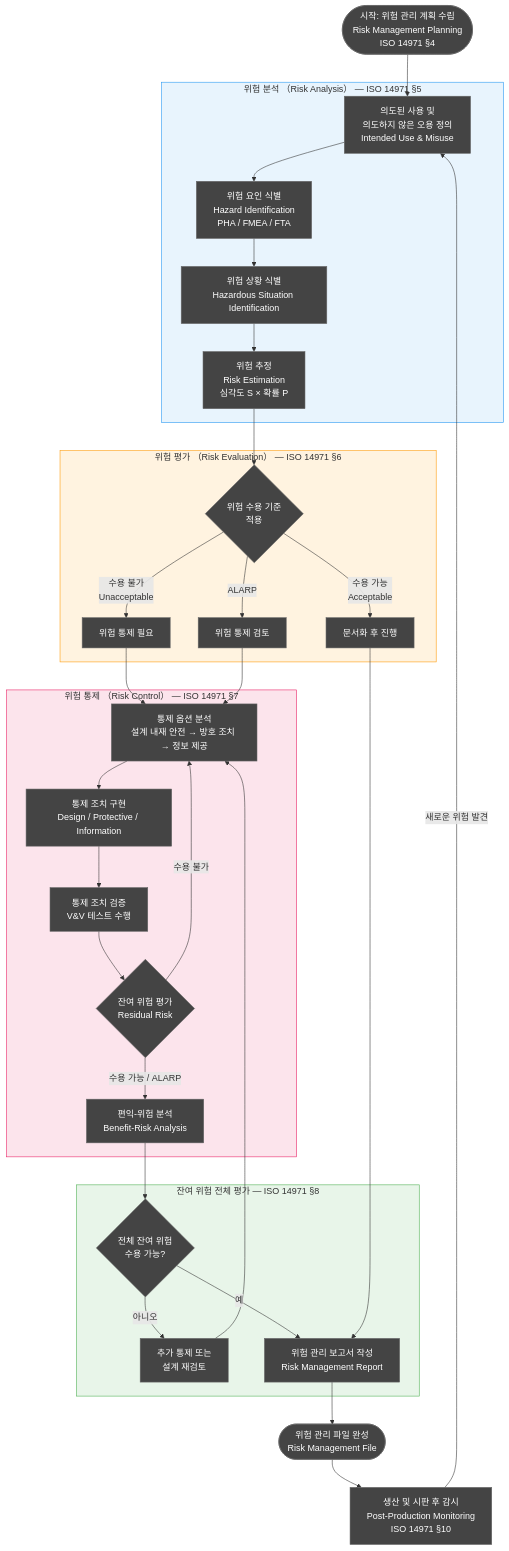
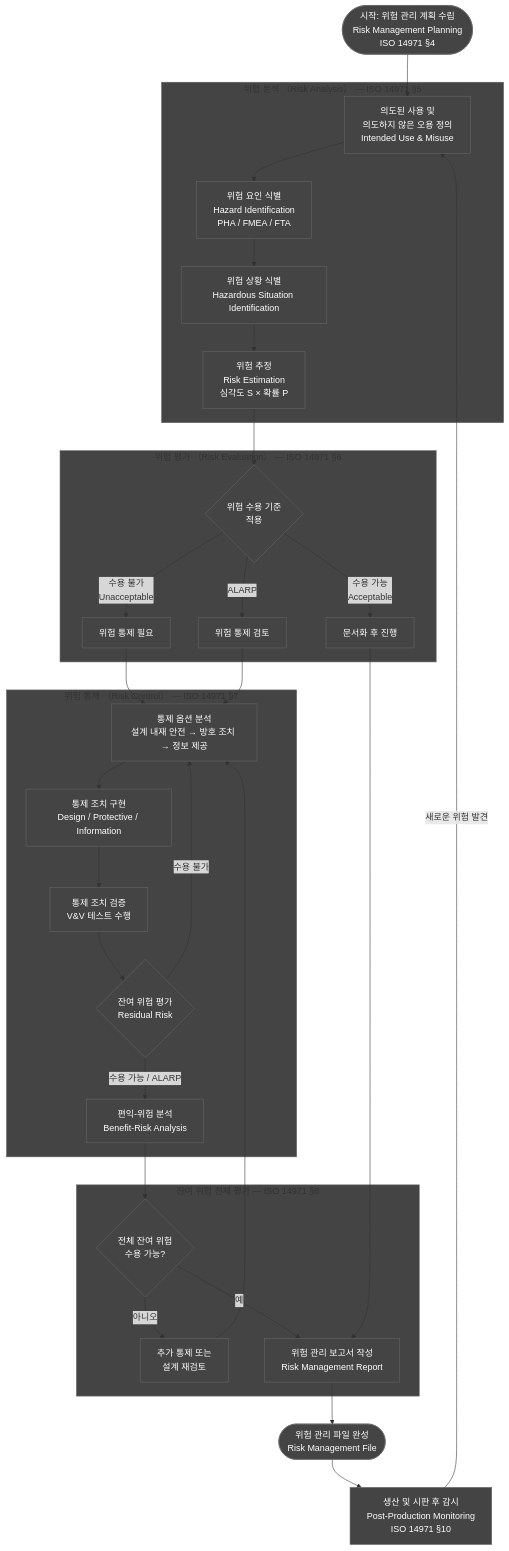
One commit to holee9/console-gui changed the first of 11 diagrams in docs/risk/DOC-008_Risk_Management_Plan_v1.0.md. Above: the diagram before and after it, drawn with Mermaid. The commit also changed other lines of this file and 35 other files, not shown here.

First line of the commit message:
fix: 전체 Mermaid 차트 색상 진한 회색 통일

````diff
--- a/docs/risk/DOC-008_Risk_Management_Plan_v1.0.md
+++ b/docs/risk/DOC-008_Risk_Management_Plan_v1.0.md
@@ -137,46 +137,46 @@
 ```mermaid
 flowchart TD
     A([시작: 위험 관리 계획 수립\nRisk Management Planning\nISO 14971 §4]) --> B
 
     subgraph RA["위험 분석 （Risk Analysis） — ISO 14971 §5"]
         B[의도된 사용 및\n의도하지 않은 오용 정의\nIntended Use & Misuse]
         B --> C[위험 요인 식별\nHazard Identification\nPHA / FMEA / FTA]
         C --> D[위험 상황 식별\nHazardous Situation Identification]
         D --> E[위험 추정\nRisk Estimation\n심각도 S × 확률 P]
     end
 
     subgraph RE["위험 평가 （Risk Evaluation） — ISO 14971 §6"]
         E --> F{위험 수용 기준\n적용}
         F -->|수용 불가\nUnacceptable| G[위험 통제 필요]
         F -->|ALARP| H[위험 통제 검토]
         F -->|수용 가능\nAcceptable| I[문서화 후 진행]
     end
 
     subgraph RC["위험 통제 （Risk Control） — ISO 14971 §7"]
         G --> J[통제 옵션 분석\n설계 내재 안전 → 방호 조치 → 정보 제공]
         H --> J
         J --> K[통제 조치 구현\nDesign / Protective / Information]
         K --> L[통제 조치 검증\nV&V 테스트 수행]
         L --> M{잔여 위험 평가\nResidual Risk}
         M -->|수용 불가| J
         M -->|수용 가능 / ALARP| N[편익-위험 분석\nBenefit-Risk Analysis]
     end
 
     subgraph RR["잔여 위험 전체 평가 — ISO 14971 §8"]
         N --> O{전체 잔여 위험\n수용 가능?}
         O -->|아니오| P[추가 통제 또는\n설계 재검토]
         O -->|예| Q[위험 관리 보고서 작성\nRisk Management Report]
     end
 
     P --> J
     I --> Q
     Q --> R([위험 관리 파일 완성\nRisk Management File])
     R --> S[생산 및 시판 후 감시\nPost-Production Monitoring\nISO 14971 §10]
     S -->|새로운 위험 발견| B
 
     classDef default fill:#444,stroke:#666,color:#fff
-    style RA fill:#e8f4fd,stroke:#2196F3
-    style RE fill:#fff3e0,stroke:#FF9800
-    style RC fill:#fce4ec,stroke:#E91E63
-    style RR fill:#e8f5e9,stroke:#4CAF50
+    style RA fill:#444,stroke:#666
+    style RE fill:#444,stroke:#666
+    style RC fill:#444,stroke:#666
+    style RR fill:#444,stroke:#666
 ```
````
